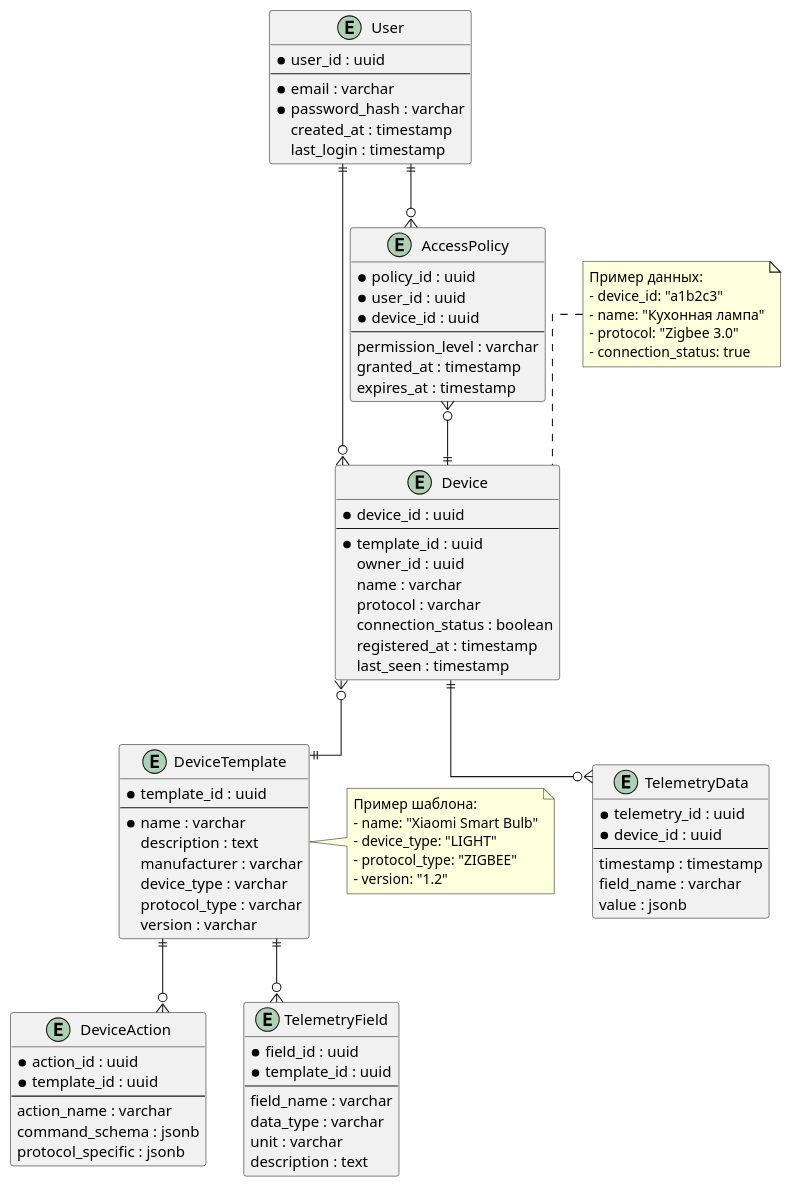
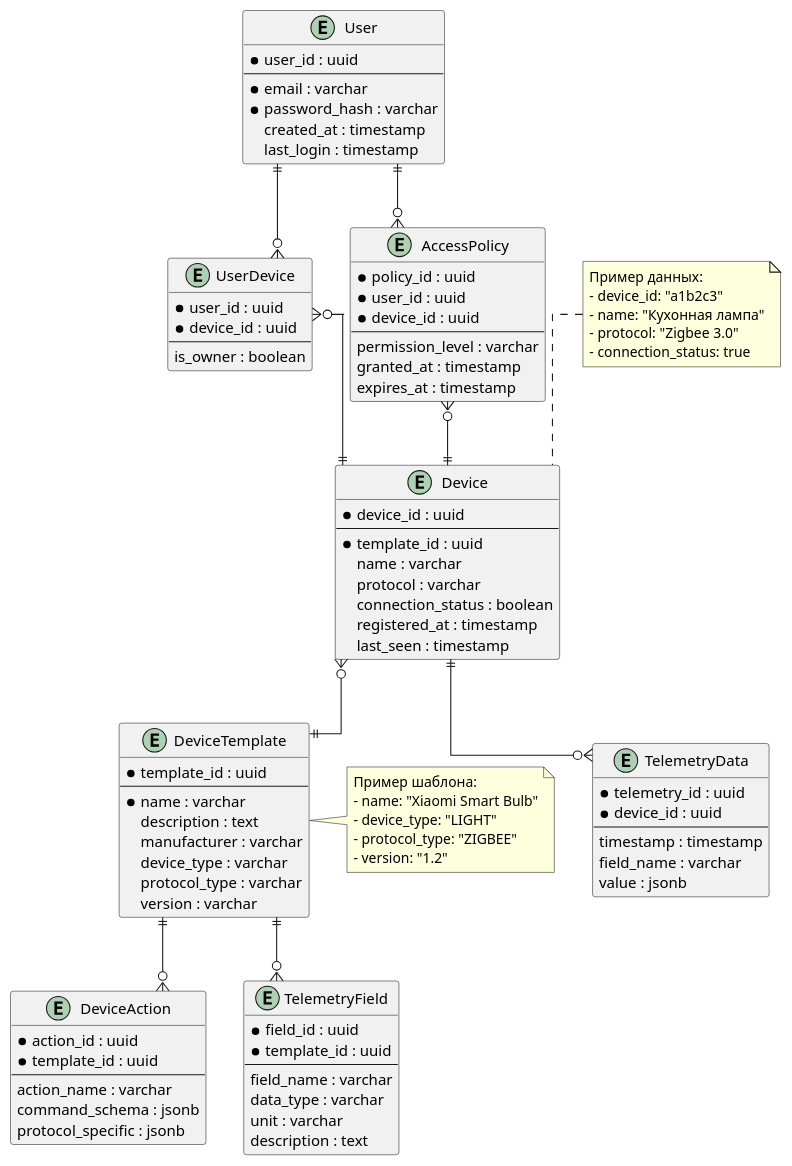
One commit to DrunkWizard/YP-architecture-sprint-3 changed the ninth of 9 diagrams in Project_template.md. Above: the diagram before and after it, drawn with PlantUML. The commit also changed other lines of this file, not shown here.

Commit message:
Review fixes

```diff
--- a/Project_template.md
+++ b/Project_template.md
@@ -483,12 +486,18 @@
   *device_id : uuid
   --
   *template_id : uuid
-  owner_id : uuid
   name : varchar
   protocol : varchar
   connection_status : boolean
   registered_at : timestamp
   last_seen : timestamp
+}
+
+entity UserDevice {
+  *user_id : uuid
+  *device_id : uuid
+  --
+  is_owner : boolean
 }
 
 entity DeviceTemplate {
@@ -540,7 +549,8 @@
   expires_at : timestamp
 }
 
-User ||--o{ Device
+User ||--o{ UserDevice
+UserDevice }o--|| Device
 Device }o--|| DeviceTemplate
 DeviceTemplate ||--o{ DeviceAction
 DeviceTemplate ||--o{ TelemetryField
```
